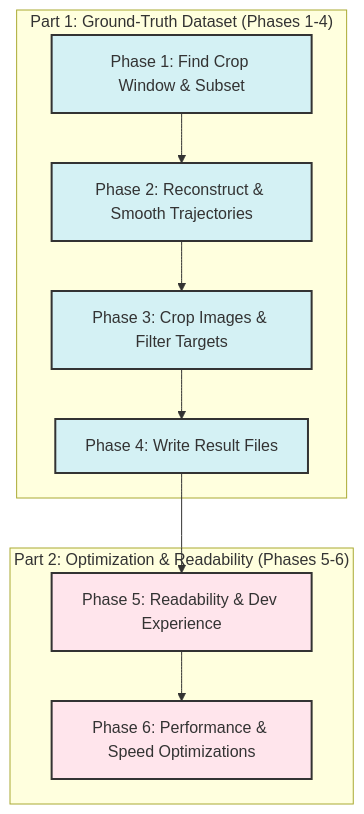
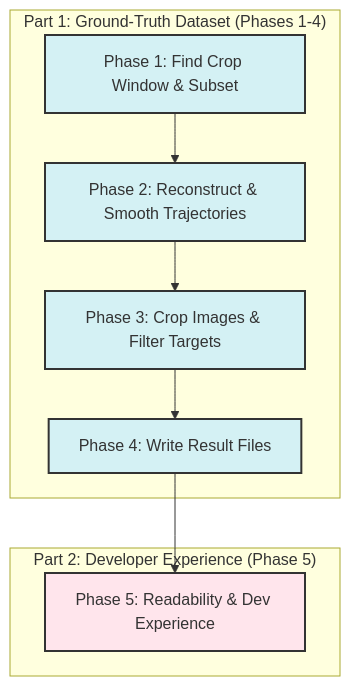
One commit to alexlib/openptv2 changed the diagram in project_plan.md. Above: the diagram before and after it, drawn with Mermaid. The commit also changed other lines of this file and 16 other files, not shown here.

````diff
--- a/project_plan.md
+++ b/project_plan.md
@@ -5,20 +5,18 @@
 ```mermaid
 graph TD
     subgraph "Part 1: Ground-Truth Dataset (Phases 1-4)"
         P1["Phase 1: Find Crop Window & Subset"] --> P2["Phase 2: Reconstruct & Smooth Trajectories"]
         P2 --> P3["Phase 3: Crop Images & Filter Targets"]
         P3 --> P4["Phase 4: Write Result Files"]
     end
     
-    subgraph "Part 2: Optimization & Readability (Phases 5-6)"
+    subgraph "Part 2: Developer Experience (Phase 5)"
         P4 --> P5["Phase 5: Readability & Dev Experience"]
-        P5 --> P6["Phase 6: Performance & Speed Optimizations"]
     end
     
     style P1 fill:#d4f1f4,stroke:#333,stroke-width:2px
     style P2 fill:#d4f1f4,stroke:#333,stroke-width:2px
     style P3 fill:#d4f1f4,stroke:#333,stroke-width:2px
     style P4 fill:#d4f1f4,stroke:#333,stroke-width:2px
     style P5 fill:#ffe5ec,stroke:#333,stroke-width:2px
-    style P6 fill:#ffe5ec,stroke:#333,stroke-width:2px
 ```
````
